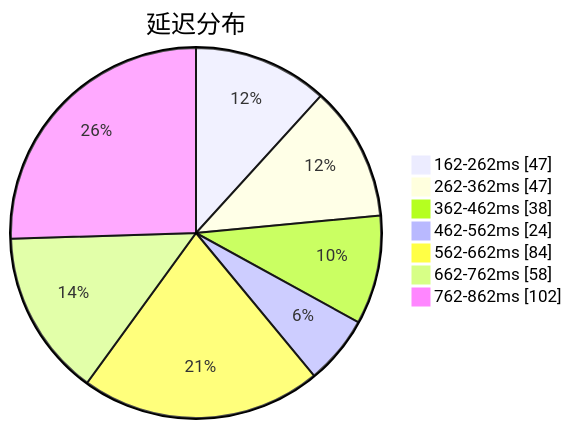
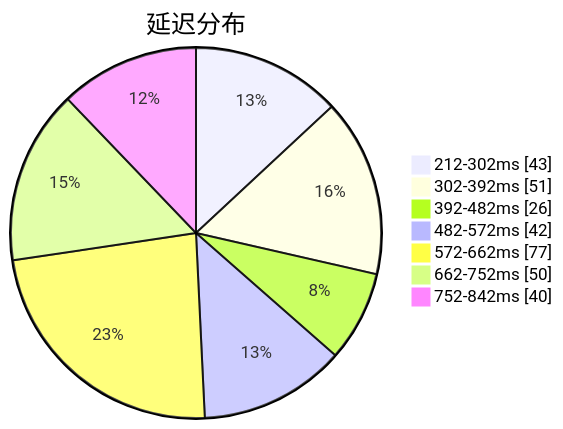
One commit to qjlxg/airport changed the first of 3 diagrams in subs/statistics/tested_within.md. Above: the diagram before and after it, drawn with Mermaid. The commit also changed other lines of this file and 2 other files, not shown here.

````diff
--- a/subs/statistics/tested_within.md
+++ b/subs/statistics/tested_within.md
@@ -2,11 +2,11 @@
 ```mermaid
 pie showData
 title 延迟分布
-"162-262ms" : 47
-"262-362ms" : 47
-"362-462ms" : 38
-"462-562ms" : 24
-"562-662ms" : 84
-"662-762ms" : 58
-"762-862ms" : 102
+"212-302ms" : 43
+"302-392ms" : 51
+"392-482ms" : 26
+"482-572ms" : 42
+"572-662ms" : 77
+"662-752ms" : 50
+"752-842ms" : 40
 ```
````
